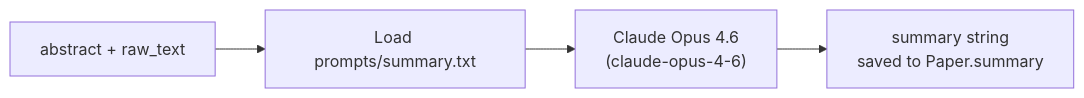
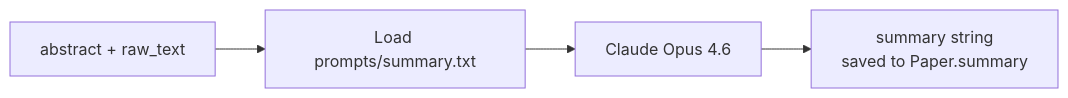
Before and after one commit to NiklasAbraham/PaperManager: the second of 14 diagrams in docs/technical/ai-pipelines.md, drawn with Mermaid. The commit also changed other lines of this file and 43 other files, not shown here.

````diff
--- a/docs/technical/ai-pipelines.md
+++ b/docs/technical/ai-pipelines.md
@@ -67,6 +65,6 @@
 ```mermaid
 flowchart LR
     A["abstract + raw_text"] --> P["Load prompts/summary.txt"]
-    P --> C["Claude Opus 4.6\n(claude-opus-4-6)"]
+    P --> C["Claude Opus 4.6"]
     C --> S["summary string\nsaved to Paper.summary"]
 ```
````
